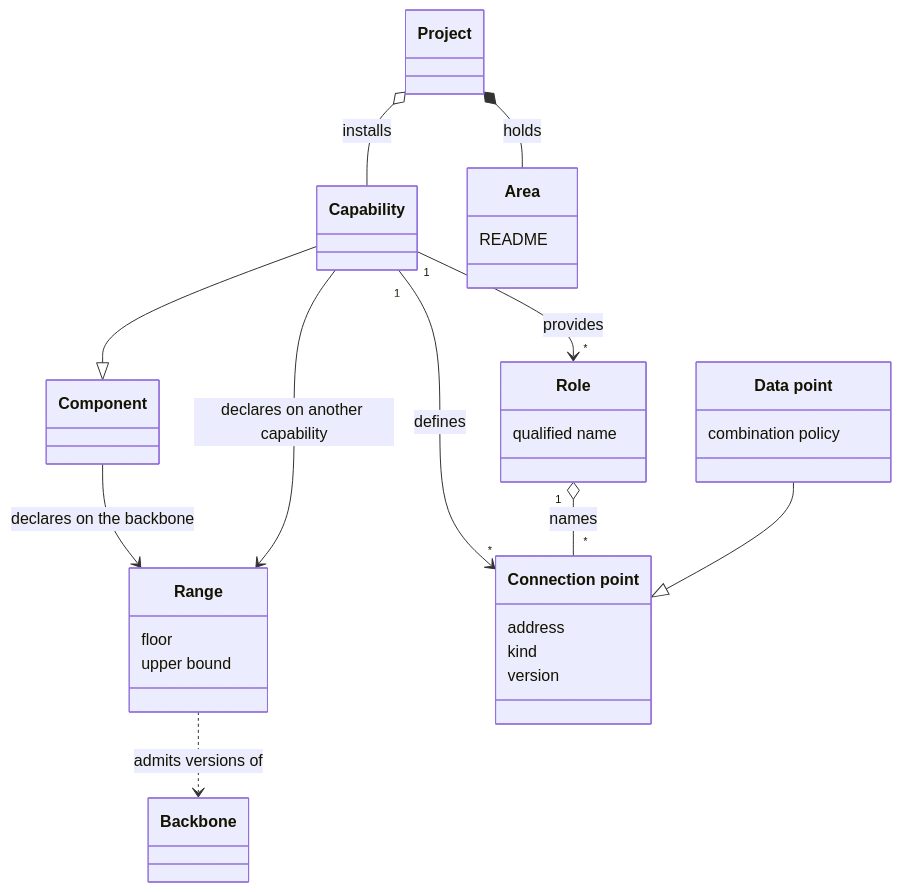
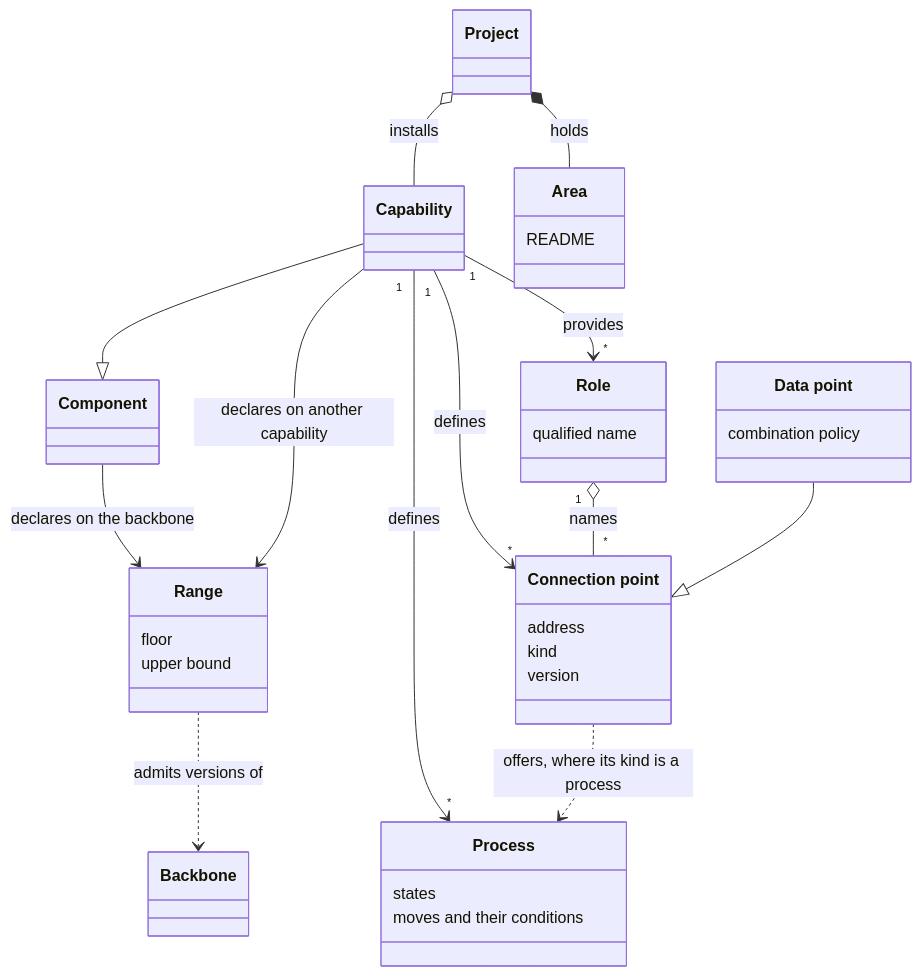
Before and after one commit to aleskalfas/project-kit: the first of 2 diagrams in tech-docs/analysis/core/domain-model/030-capabilities-areas-and-connection-points.md, drawn with Mermaid. The commit also changed other lines of this file and 2 other files, not shown here.

First line of the commit message:
docs(analysis): define process and storyboard in the core's glossary

````diff
--- a/tech-docs/analysis/core/domain-model/030-capabilities-areas-and-connection-points.md
+++ b/tech-docs/analysis/core/domain-model/030-capabilities-areas-and-connection-points.md
@@ -43,32 +50,37 @@
 ```mermaid
 classDiagram
   accTitle: Capabilities, areas and connection points
-  accDescr: A capability is a component a project chooses to install. A component declares a range on the backbone, and a capability may declare a range on another capability. An area is a slice of a project's .pkit tree that needs no install. A capability provides roles, and under a role it defines connection points, which other components fill, depend on or subscribe to. A data point is the kind of connection point that takes data in.
+  accDescr: A capability is a component a project chooses to install. A component declares a range on the backbone, and a capability may declare a range on another capability. An area is a slice of a project's .pkit tree that needs no install. A capability provides roles, and under a role it defines connection points, which other components fill, depend on or subscribe to. A data point is the kind of connection point that takes data in. A capability also defines processes, and a connection point may offer one for others to depend on.
   class Component["Component"]
   class Backbone["Backbone"]
   class Project["Project"]
   class Capability["Capability"]
   class Range["Range"]
   Range : floor
   Range : upper bound
   class Area["Area"]
   Area : README
   class ConnectionPoint["Connection point"]
   ConnectionPoint : address
   ConnectionPoint : kind
   ConnectionPoint : version
   class Role["Role"]
   Role : qualified name
   class DataPoint["Data point"]
   DataPoint : combination policy
+  class Process["Process"]
+  Process : states
+  Process : moves and their conditions
   Capability --|> Component
   Project o-- Capability : installs
   Project *-- Area : holds
   Component --> Range : declares on the backbone
   Capability --> Range : declares on another capability
   Range ..> Backbone : admits versions of
   Capability "1" --> "*" Role : provides
   Capability "1" --> "*" ConnectionPoint : defines
   Role "1" o-- "*" ConnectionPoint : names
   DataPoint --|> ConnectionPoint
+  Capability "1" --> "*" Process : defines
+  ConnectionPoint ..> Process : offers, where its kind is a process
 ```
````
